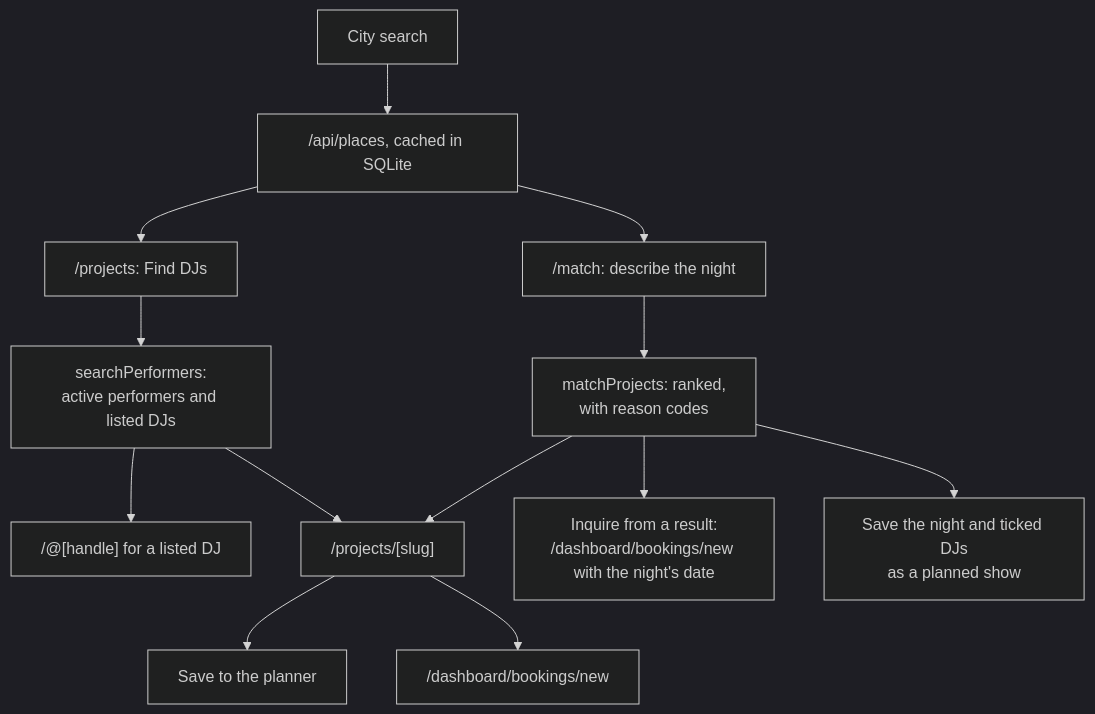
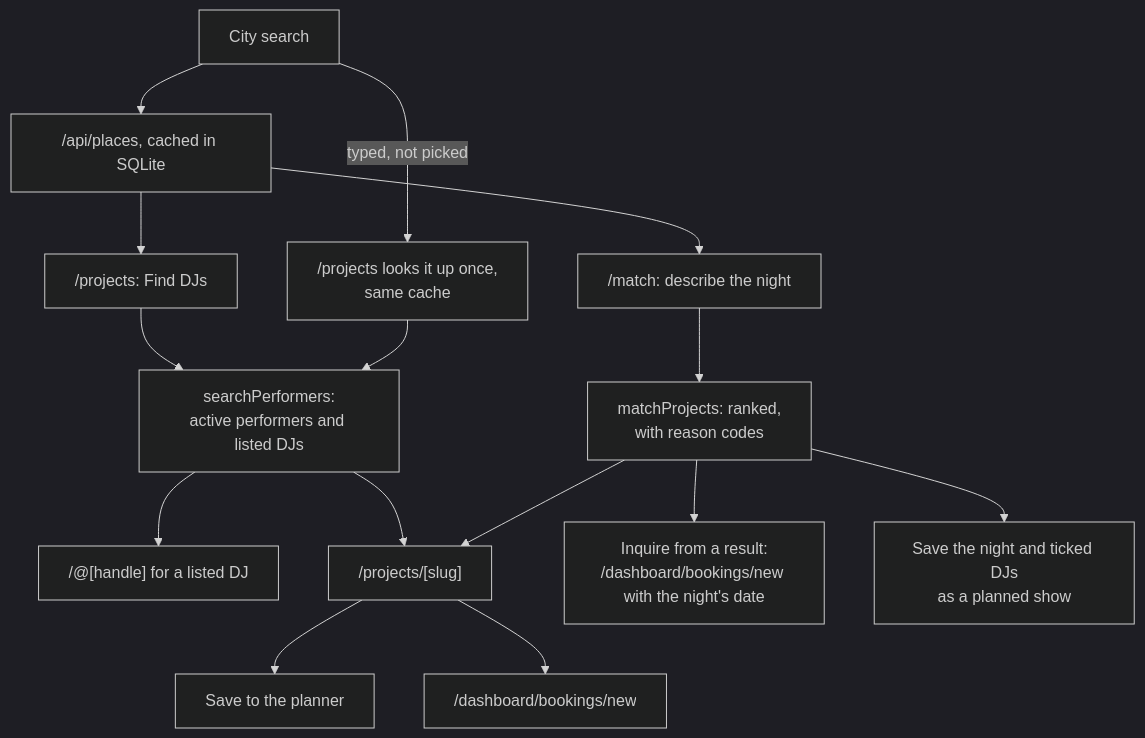
The fifth of 9 diagrams in apps/web/docs/diagrams/profiles-and-bookings.md (cutenode/localnetwork), drawn with Mermaid (dark theme) before and after one commit. The commit also changed other lines of this file and 8 other files, not shown here.

First line of the commit message:
docs(web): bring the diagrams in line with the code

````diff
--- a/apps/web/docs/diagrams/profiles-and-bookings.md
+++ b/apps/web/docs/diagrams/profiles-and-bookings.md
@@ -105,15 +105,17 @@
 ```mermaid
 flowchart TD
   Find["/projects: Find DJs"] --> Search["searchPerformers:<br/>active performers and listed DJs"]
   Match["/match: describe the night"] --> Rank["matchProjects: ranked,<br/>with reason codes"]
   City["City search"] --> Places["/api/places, cached in SQLite"]
   Places --> Find
   Places --> Match
+  City -- "typed, not picked" --> Lookup["/projects looks it up once,<br/>same cache"]
+  Lookup --> Search
   Search --> Dj["/@[handle] for a listed DJ"]
   Search --> Page["/projects/[slug]"]
   Rank --> Page
   Rank --> Dated["Inquire from a result:<br/>/dashboard/bookings/new with the night's date"]
   Rank --> Night["Save the night and ticked DJs<br/>as a planned show"]
   Page --> Save["Save to the planner"]
   Page --> Inquire["/dashboard/bookings/new"]
 ```
````
